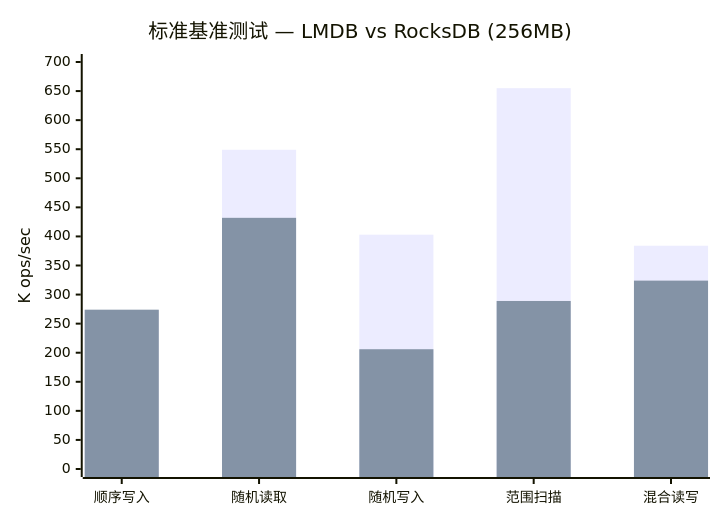
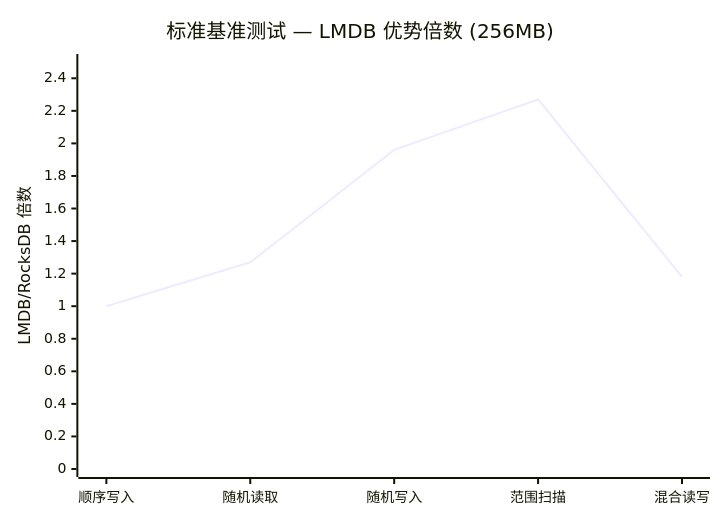
The first of 16 diagrams in packages/db-bench/README.md (bangbang93/playground.js), drawn with Mermaid before and after one commit. The commit also changed other lines of this file, not shown here.

First line of the commit message:
docs(db-bench): replace stacked bars with ratio lines in Mermaid charts

````diff
--- a/packages/db-bench/README.md
+++ b/packages/db-bench/README.md
@@ -182,8 +182,7 @@
 ```mermaid
 xychart-beta
-    title "标准基准测试 — LMDB vs RocksDB (256MB)"
+    title "标准基准测试 — LMDB 优势倍数 (256MB)"
     x-axis ["顺序写入", "随机读取", "随机写入", "范围扫描", "混合读写"]
-    y-axis "K ops/sec" 0 --> 700
-    bar [273, 549, 403, 655, 384]
-    bar [274, 432, 206, 289, 324]
+    y-axis "LMDB/RocksDB 倍数" 0 --> 2.5
+    line [1.0, 1.27, 1.96, 2.27, 1.18]
 ```
````
